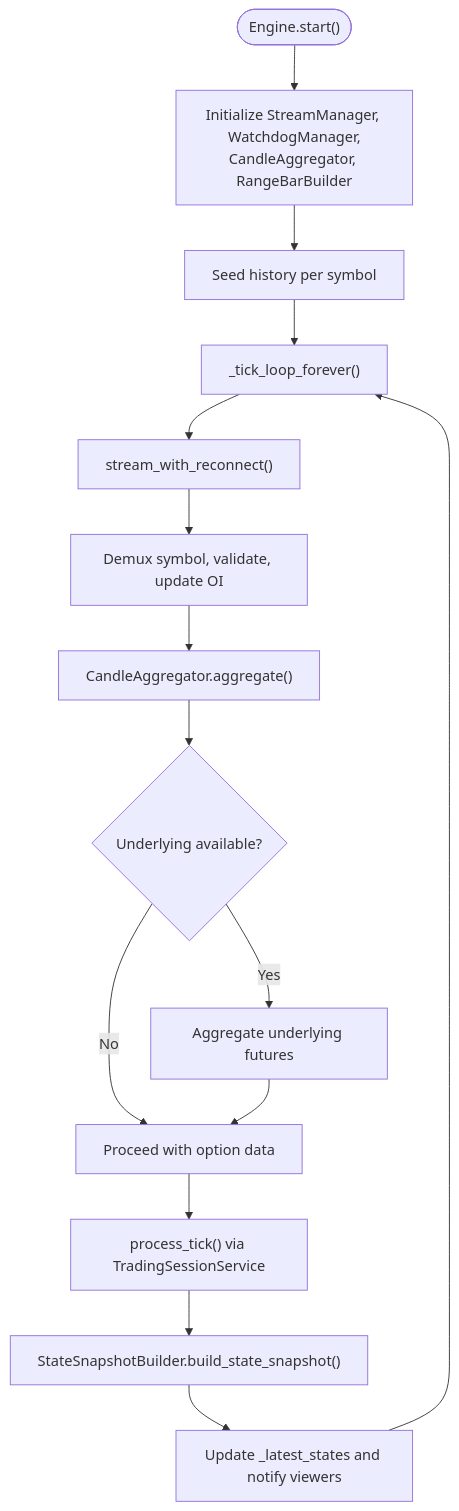
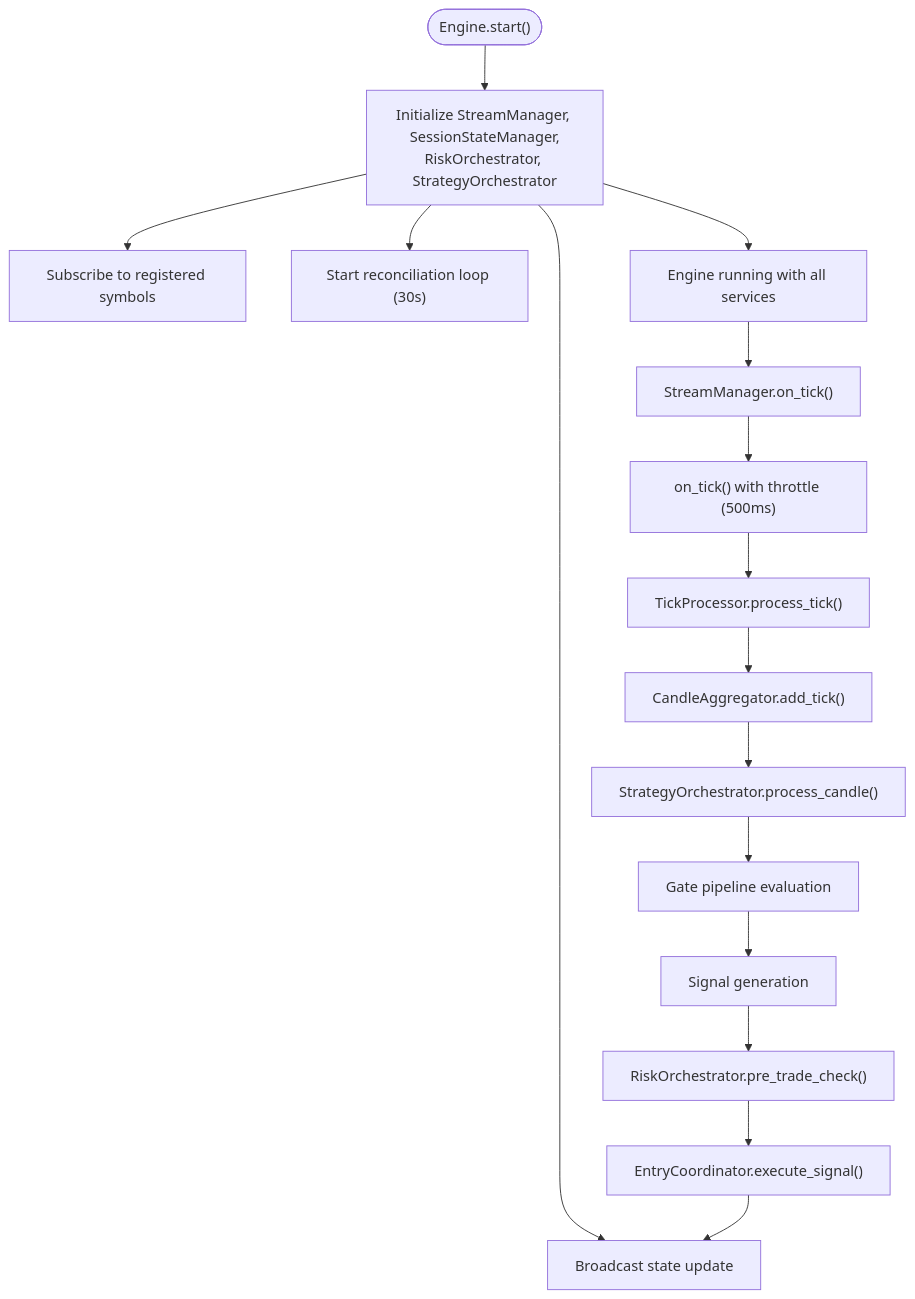
One commit to gemrajkhatry-maker/v5-of-glassytrade-ai changed the third of 7 diagrams in .qoder/repowiki/en/content/Backend Application/Core Services/Core Services.md. Above: the diagram before and after it, drawn with Mermaid. The commit also changed other lines of this file and 930 other files, not shown here.

````diff
--- a/.qoder/repowiki/en/content/Backend Application/Core Services/Core Services.md
+++ b/.qoder/repowiki/en/content/Backend Application/Core Services/Core Services.md
@@ -146,17 +182,18 @@
 ```mermaid
 flowchart TD
-Start(["Engine.start()"]) --> Init["Initialize StreamManager, WatchdogManager,<br/>CandleAggregator, RangeBarBuilder"]
-Init --> Seed["Seed history per symbol"]
-Seed --> Loop["_tick_loop_forever()"]
-Loop --> Stream["stream_with_reconnect()"]
-Stream --> Tick["Demux symbol, validate, update OI"]
-Tick --> Agg["CandleAggregator.aggregate()"]
-Agg --> Underlying{"Underlying available?"}
-Underlying --> |Yes| UA["Aggregate underlying futures"]
-Underlying --> |No| PT["Proceed with option data"]
-UA --> PT
-PT --> Process["process_tick() via TradingSessionService"]
-Process --> Snapshot["StateSnapshotBuilder.build_state_snapshot()"]
-Snapshot --> Publish["Update _latest_states and notify viewers"]
-Publish --> Loop
+Start(["Engine.start()"]) --> Init["Initialize StreamManager, SessionStateManager,<br/>RiskOrchestrator, StrategyOrchestrator"]
+Init --> Subscribe["Subscribe to registered symbols"]
+Init --> Broadcast["Start GameStateBroadcaster loop"]
+Init --> Reconcile["Start reconciliation loop (30s)"]
+Init --> Running["Engine running with all services"]
+Running --> Stream["StreamManager.on_tick()"]
+Stream --> Process["on_tick() with throttle (500ms)"]
+Process --> TickProc["TickProcessor.process_tick()"]
+TickProc --> CandleAgg["CandleAggregator.add_tick()"]
+CandleAgg --> Strategy["StrategyOrchestrator.process_candle()"]
+Strategy --> Gates["Gate pipeline evaluation"]
+Gates --> Signal["Signal generation"]
+Signal --> RiskCheck["RiskOrchestrator.pre_trade_check()"]
+RiskCheck --> Execute["EntryCoordinator.execute_signal()"]
+Execute --> Broadcast["Broadcast state update"]
 ```
````
